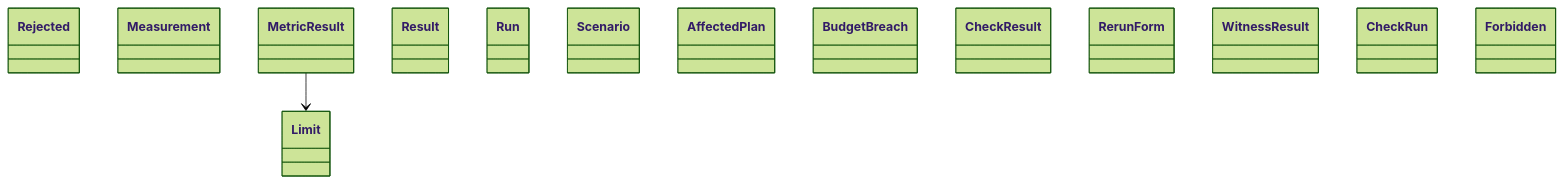
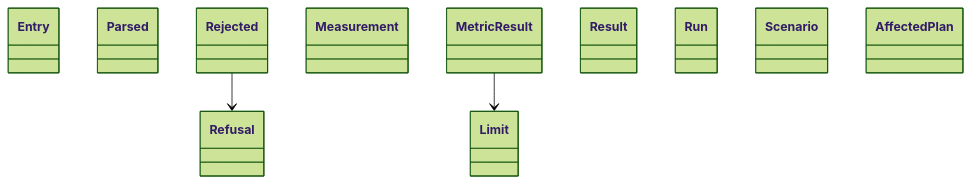
The diagram in docs/architecture/generated/classes-process-domain-checks-2.md (GonzaloZevallos/agentic-system), drawn with Mermaid (forest theme) before and after one commit. The commit also changed other lines of this file and 22 other files, not shown here.

````diff
--- a/docs/architecture/generated/classes-process-domain-checks-2.md
+++ b/docs/architecture/generated/classes-process-domain-checks-2.md
@@ -20,18 +21,16 @@
 ```mermaid
 classDiagram
+    class coverage__Entry["Entry"]
+    class coverage__Parsed["Parsed"]
+    class coverage__Refusal["Refusal"]
     class coverage__Rejected["Rejected"]
     class performance__Limit["Limit"]
     class performance__Measurement["Measurement"]
     class performance__MetricResult["MetricResult"]
     class performance__Result["Result"]
     class performance__Run["Run"]
     class performance__Scenario["Scenario"]
     class presubmit__AffectedPlan["AffectedPlan"]
-    class presubmit__BudgetBreach["BudgetBreach"]
-    class presubmit__CheckResult["CheckResult"]
-    class presubmit__RerunForm["RerunForm"]
-    class presubmit__WitnessResult["WitnessResult"]
-    class run_check__CheckRun["CheckRun"]
-    class suppressions__Forbidden["Forbidden"]
+    coverage__Rejected --> coverage__Refusal
     performance__MetricResult --> performance__Limit
 ```
````
